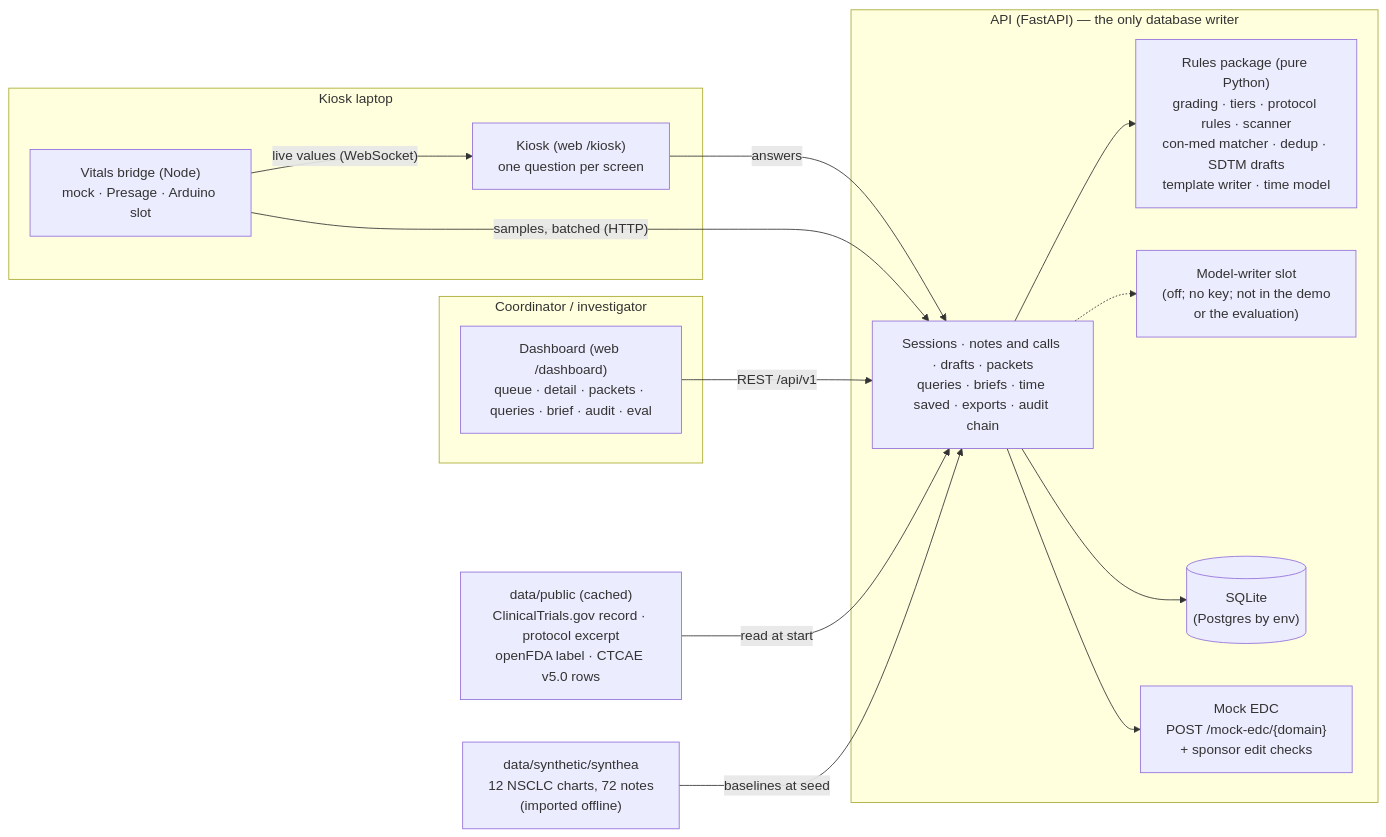
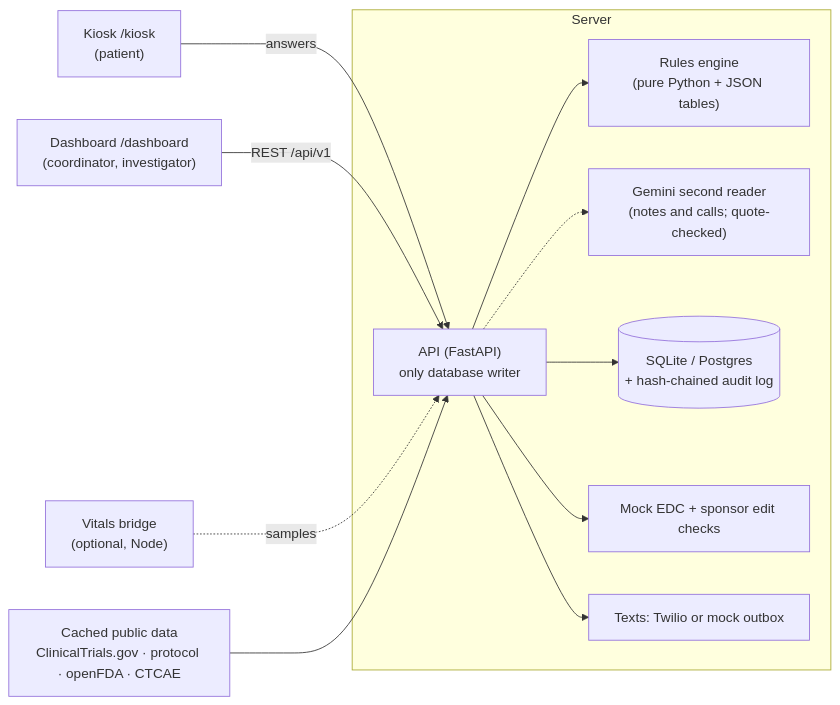
Before and after one commit to omer-khawar/ae-checkin-agent: the diagram in README.md, drawn with Mermaid. The commit also changed other lines of this file, not shown here.

````diff
--- a/README.md
+++ b/README.md
@@ -110,30 +162,20 @@
 ```mermaid
 flowchart LR
-    subgraph Kiosk_laptop["Kiosk laptop"]
-        K["Kiosk (web /kiosk)<br/>one question per screen"]
-        B["Vitals bridge (Node)<br/>mock · Presage · Arduino slot"]
+    K["Kiosk /kiosk<br/>(patient)"] -- answers --> A
+    D["Dashboard /dashboard<br/>(coordinator, investigator)"] -- "REST /api/v1" --> A
+    B["Vitals bridge<br/>(optional, Node)"] -. "samples" .-> A
+    subgraph Server
+        A["API (FastAPI)<br/>only database writer"]
+        R["Rules engine<br/>(pure Python + JSON tables)"]
+        G["Gemini second reader<br/>(notes and calls; quote-checked)"]
+        DB[("SQLite / Postgres<br/>+ hash-chained audit log")]
+        E["Mock EDC + sponsor edit checks"]
+        T["Texts: Twilio or mock outbox"]
     end
-    subgraph Site_desk["Coordinator / investigator"]
-        D["Dashboard (web /dashboard)<br/>queue · detail · packets · queries · brief · audit · eval"]
-    end
-    subgraph Server["API (FastAPI) — the only database writer"]
-        A["Sessions · notes and calls · drafts · packets<br/>queries · briefs · time saved · exports · audit chain"]
-        R["Rules package (pure Python)<br/>grading · tiers · protocol rules · scanner<br/>con-med matcher · dedup · SDTM drafts<br/>template writer · time model"]
-        W["Model-writer slot<br/>(off; no key; not in the demo<br/>or the evaluation)"]
-        DB[("SQLite<br/>(Postgres by env)")]
-        E["Mock EDC<br/>POST /mock-edc/{domain}<br/>+ sponsor edit checks"]
-    end
-    P["data/public (cached)<br/>ClinicalTrials.gov record · protocol excerpt<br/>openFDA label · CTCAE v5.0 rows"]
-    S["data/synthetic/synthea<br/>12 NSCLC charts, 72 notes<br/>(imported offline)"]
-
-    K -- answers --> A
-    B -- "live values (WebSocket)" --> K
-    B -- "samples, batched (HTTP)" --> A
-    D -- "REST /api/v1" --> A
     A --> R
-    A -.-> W
+    A -.-> G
     A --> DB
     A --> E
-    P -- "read at start" --> A
-    S -- "baselines at seed" --> A
+    A --> T
+    P["Cached public data<br/>ClinicalTrials.gov · protocol · openFDA · CTCAE"] --> A
 ```
````
